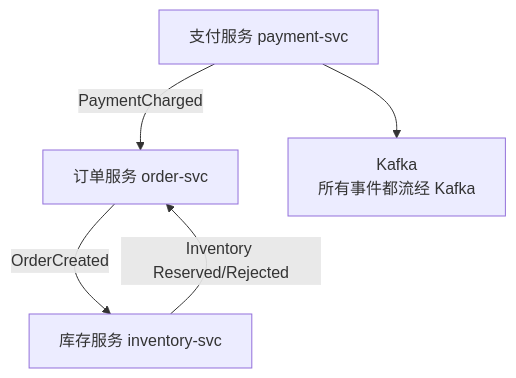
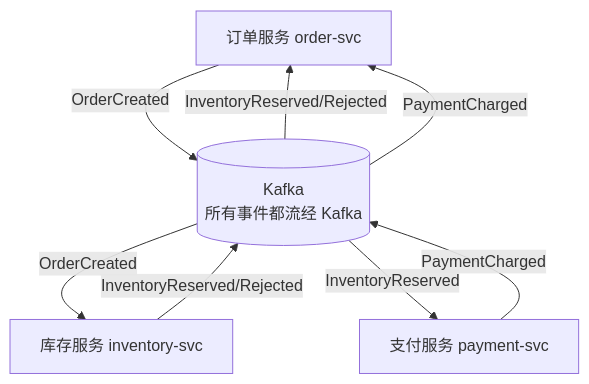
One commit to UranusGit/java-agent-learn changed the third of 8 diagrams in docs/附录/Kafka消息队列实战专题/03-事件驱动微服务端到端实战.md. Above: the diagram before and after it, drawn with Mermaid. The commit also changed 28 other files, not shown here.

First line of the commit message:
docs全库mermaid图质量复核：按"说明白优先于画图"去芜存菁

````diff
--- a/docs/附录/Kafka消息队列实战专题/03-事件驱动微服务端到端实战.md
+++ b/docs/附录/Kafka消息队列实战专题/03-事件驱动微服务端到端实战.md
@@ -91,11 +91,14 @@
 ```mermaid
 flowchart TD
     OS["订单服务 order-svc"]
     IS["库存服务 inventory-svc"]
     PS["支付服务 payment-svc"]
-    K["Kafka<br/>所有事件都流经 Kafka"]
-    OS -->|"OrderCreated"| IS
-    IS -->|"Inventory Reserved/Rejected"| OS
-    PS -->|"PaymentCharged"| OS
-    PS --> K
+    K[("Kafka<br/>所有事件都流经 Kafka")]
+    OS -->|"OrderCreated"| K
+    K -->|"OrderCreated"| IS
+    IS -->|"InventoryReserved/Rejected"| K
+    K -->|"InventoryReserved"| PS
+    K -->|"InventoryReserved/Rejected"| OS
+    PS -->|"PaymentCharged"| K
+    K -->|"PaymentCharged"| OS
 ```
````
